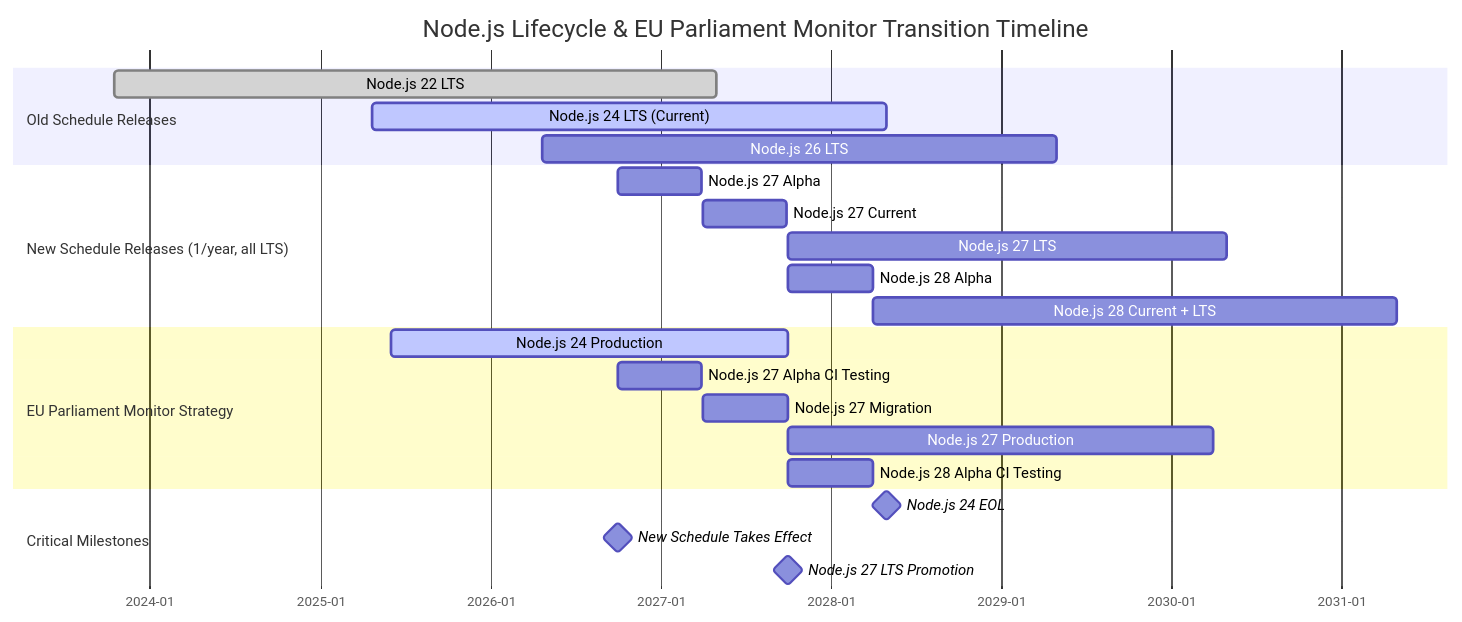
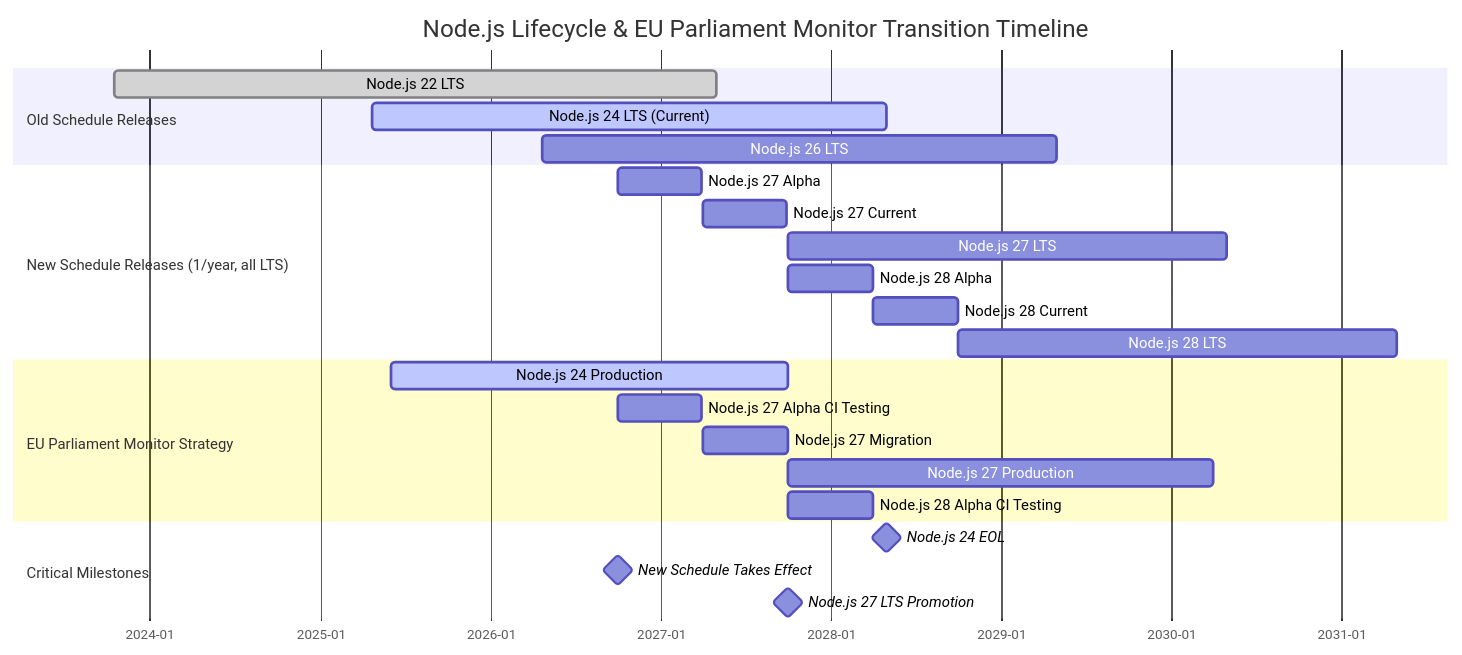
The second of 6 diagrams in End-of-Life-Strategy.md (Hack23/euparliamentmonitor), drawn with Mermaid before and after one commit. The commit also changed other lines of this file and 2 other files, not shown here.

First line of the commit message:
Apply review feedback round 5: align pie chart with AWS cost, fix RTO in EOL and ISO 22301, split Node.js 28 Gantt entries, update succession planning, improve failover automation docs

````diff
--- a/End-of-Life-Strategy.md
+++ b/End-of-Life-Strategy.md
@@ -194,30 +194,31 @@
 ```mermaid
 gantt
     title Node.js Lifecycle & EU Parliament Monitor Transition Timeline
     dateFormat YYYY-MM-DD
     axisFormat %Y-%m
 
     section Old Schedule Releases
     Node.js 22 LTS              :done, node22, 2023-10-17, 2027-04-30
     Node.js 24 LTS (Current)    :active, node24, 2025-04-22, 2028-04-30
     Node.js 26 LTS              :node26, 2026-04-22, 2029-04-30
 
     section New Schedule Releases (1/year, all LTS)
     Node.js 27 Alpha            :node27a, 2026-10-01, 2027-03-31
     Node.js 27 Current          :node27c, 2027-04-01, 2027-09-30
     Node.js 27 LTS              :node27, 2027-10-01, 2030-04-30
     Node.js 28 Alpha            :node28a, 2027-10-01, 2028-03-31
-    Node.js 28 Current + LTS    :node28, 2028-04-01, 2031-04-30
+    Node.js 28 Current          :node28c, 2028-04-01, 2028-09-30
+    Node.js 28 LTS              :node28, 2028-10-01, 2031-04-30
 
     section EU Parliament Monitor Strategy
     Node.js 24 Production       :active, ep24, 2025-06-01, 2027-10-01
     Node.js 27 Alpha CI Testing :ep27a, 2026-10-01, 2027-03-31
     Node.js 27 Migration        :ep27m, 2027-04-01, 2027-10-01
     Node.js 27 Production       :ep27p, 2027-10-01, 2030-04-01
     Node.js 28 Alpha CI Testing :ep28a, 2027-10-01, 2028-03-31
 
     section Critical Milestones
     Node.js 24 EOL              :milestone, node24eol, 2028-04-30, 0d
     New Schedule Takes Effect   :milestone, newschedule, 2026-10-01, 0d
     Node.js 27 LTS Promotion    :milestone, node27lts, 2027-10-01, 0d
 ```
````
